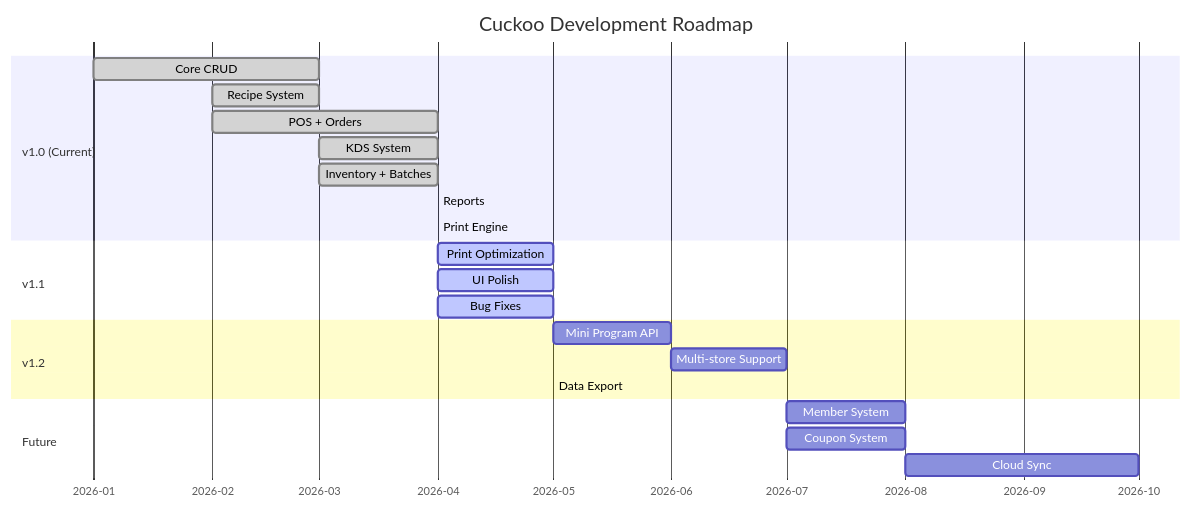
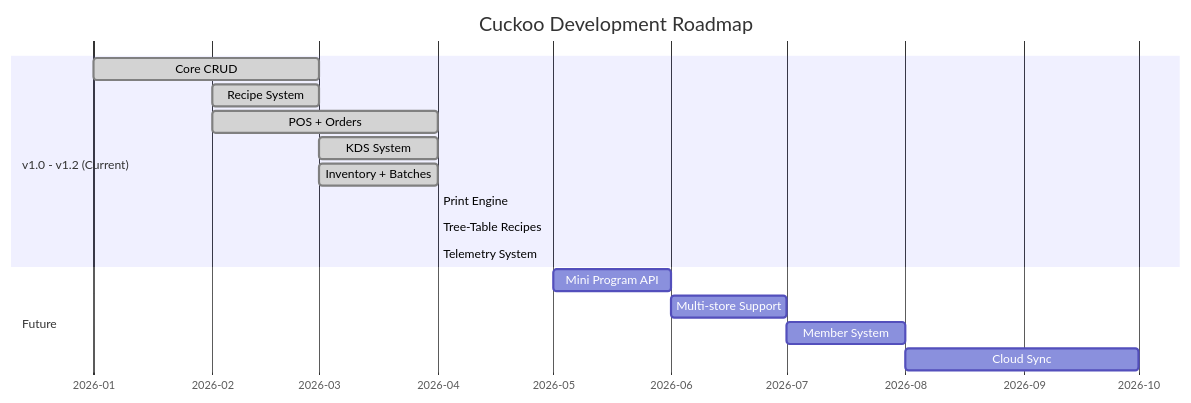
Before and after one commit to 0xRyanlee/Cuckoo: the fifth of 6 diagrams in README.md, drawn with Mermaid. The commit also changed other lines of this file and 40 other files, not shown here.

Commit message:
feat: Cuckoo v1.2.2 - Complete Audit Fix, Tree-Table Recipes, Dependency Guard & Telemetry expansion

````diff
--- a/README.md
+++ b/README.md
@@ -422,30 +427,22 @@
 ```mermaid
 gantt
     title Cuckoo Development Roadmap
     dateFormat  YYYY-MM
     axisFormat  %Y-%m
     
-    section v1.0 (Current)
+    section v1.0 - v1.2 (Current)
     Core CRUD              :done,    d1, 2026-01, 2026-03
     Recipe System          :done,    d2, 2026-02, 2026-03
     POS + Orders           :done,    d3, 2026-02, 2026-04
     KDS System             :done,    d4, 2026-03, 2026-04
     Inventory + Batches    :done,    d5, 2026-03, 2026-04
-    Reports                :done,    d6, 2026-04, 2026-04
     Print Engine           :done,    d7, 2026-04, 2026-04
-    
-    section v1.1
-    Print Optimization     :active,  p1, 2026-04, 2026-05
-    UI Polish              :active,  p2, 2026-04, 2026-05
-    Bug Fixes              :active,  p3, 2026-04, 2026-05
-    
-    section v1.2
-    Mini Program API       :         m1, 2026-05, 2026-06
-    Multi-store Support    :         m2, 2026-06, 2026-07
-    Data Export            :         m3, 2026-05, 2026-05
+    Tree-Table Recipes     :done,    r1, 2026-04, 2026-04
+    Telemetry System       :done,    r2, 2026-04, 2026-04
     
     section Future
+    Mini Program API       :         m3, 2026-05, 2026-06
+    Multi-store Support    :         m4, 2026-06, 2026-07
     Member System          :         f1, 2026-07, 2026-08
-    Coupon System          :         f2, 2026-07, 2026-08
     Cloud Sync             :         f3, 2026-08, 2026-10
 ```
````
